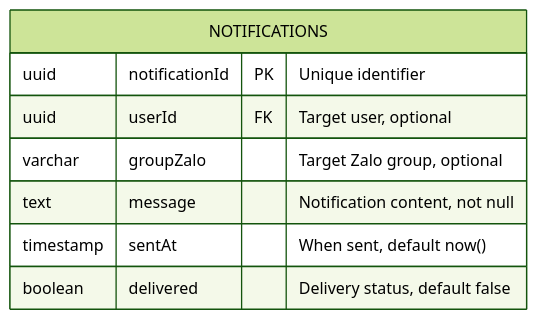
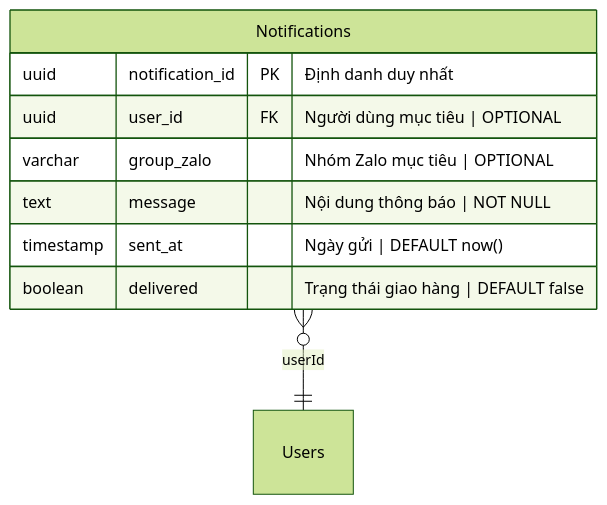
Before and after one commit to hainguyen81/membership-hub: the eighth of 12 diagrams in docs/requirements/requirements.md, drawn with Mermaid (forest theme). The commit also changed other lines of this file and 1 other file, not shown here.

````diff
--- a/docs/requirements/requirements.md
+++ b/docs/requirements/requirements.md
@@ -241,11 +549,12 @@
-  ```mermaid
-  erDiagram
-      NOTIFICATIONS {
-          uuid notificationId PK "Unique identifier"
-          uuid userId FK "Target user, optional"
-          varchar groupZalo "Target Zalo group, optional"
-          text message "Notification content, not null"
-          timestamp sentAt "When sent, default now()"
-          boolean delivered "Delivery status, default false"
-      }
-  ```
+```mermaid
+erDiagram
+    Notifications {
+        uuid notification_id PK "Định danh duy nhất"
+        uuid user_id FK "Người dùng mục tiêu | OPTIONAL"
+        varchar group_zalo "Nhóm Zalo mục tiêu | OPTIONAL"
+        text message "Nội dung thông báo | NOT NULL"
+        timestamp sent_at "Ngày gửi | DEFAULT now()"
+        boolean delivered "Trạng thái giao hàng | DEFAULT false"
+    }
+    Notifications }o--|| Users : "userId"
+```
````
